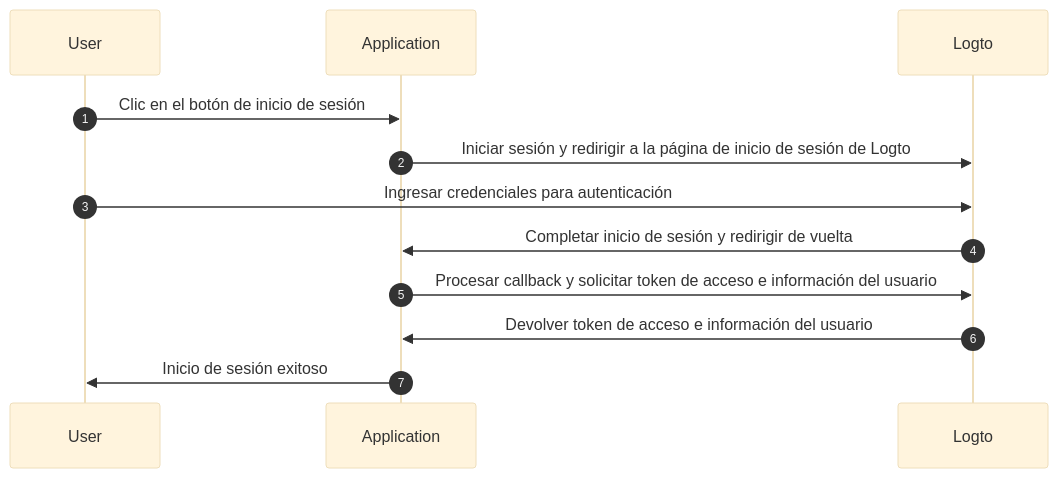
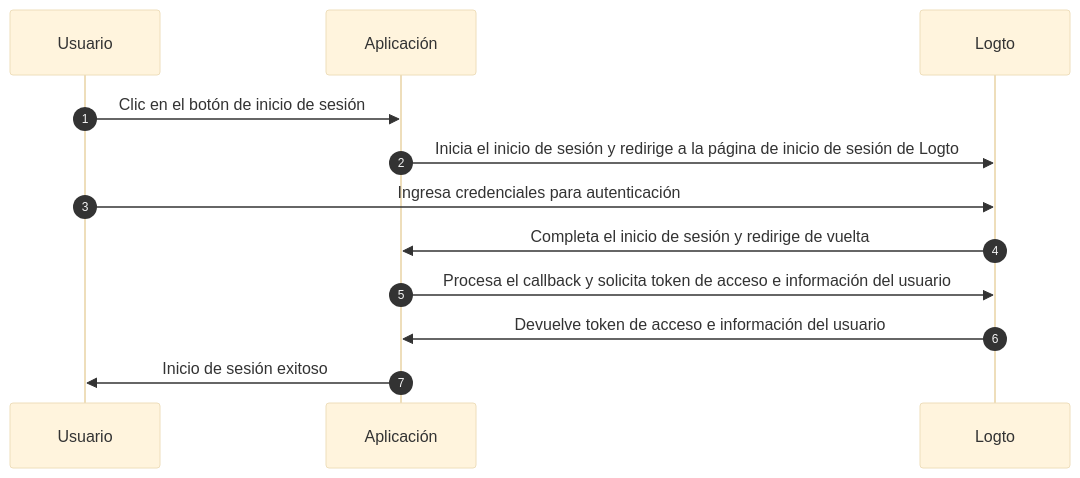
One commit to logto-io/docs changed the first of 4 diagrams in i18n/es/docusaurus-plugin-content-docs/current/integrate-logto/integrate-logto-into-your-application/understand-authentication-flow.mdx. Above: the diagram before and after it, drawn with Mermaid (base theme). The commit also changed other lines of this file and 44 other files, not shown here.

````diff
--- a/i18n/es/docusaurus-plugin-content-docs/current/integrate-logto/integrate-logto-into-your-application/understand-authentication-flow.mdx
+++ b/i18n/es/docusaurus-plugin-content-docs/current/integrate-logto/integrate-logto-into-your-application/understand-authentication-flow.mdx
@@ -14,15 +14,15 @@
 ```mermaid
 sequenceDiagram
     autonumber
-    participant User
-    participant Application
+    participant Usuario
+    participant Aplicación
     participant Logto
 
-    User->>Application: Clic en el botón de inicio de sesión
-    Application->>Logto: Iniciar sesión y redirigir a la página de inicio de sesión de Logto
-    User->>Logto: Ingresar credenciales para autenticación
-    Logto->>Application: Completar inicio de sesión y redirigir de vuelta
-    Application->>Logto: Procesar callback y solicitar token de acceso e información del usuario
-    Logto->>Application: Devolver token de acceso e información del usuario
-    Application->>User: Inicio de sesión exitoso
+    Usuario->>Aplicación: Clic en el botón de inicio de sesión
+    Aplicación->>Logto: Inicia el inicio de sesión y redirige a la página de inicio de sesión de Logto
+    Usuario->>Logto: Ingresa credenciales para autenticación
+    Logto->>Aplicación: Completa el inicio de sesión y redirige de vuelta
+    Aplicación->>Logto: Procesa el callback y solicita token de acceso e información del usuario
+    Logto->>Aplicación: Devuelve token de acceso e información del usuario
+    Aplicación->>Usuario: Inicio de sesión exitoso
 ```
````
